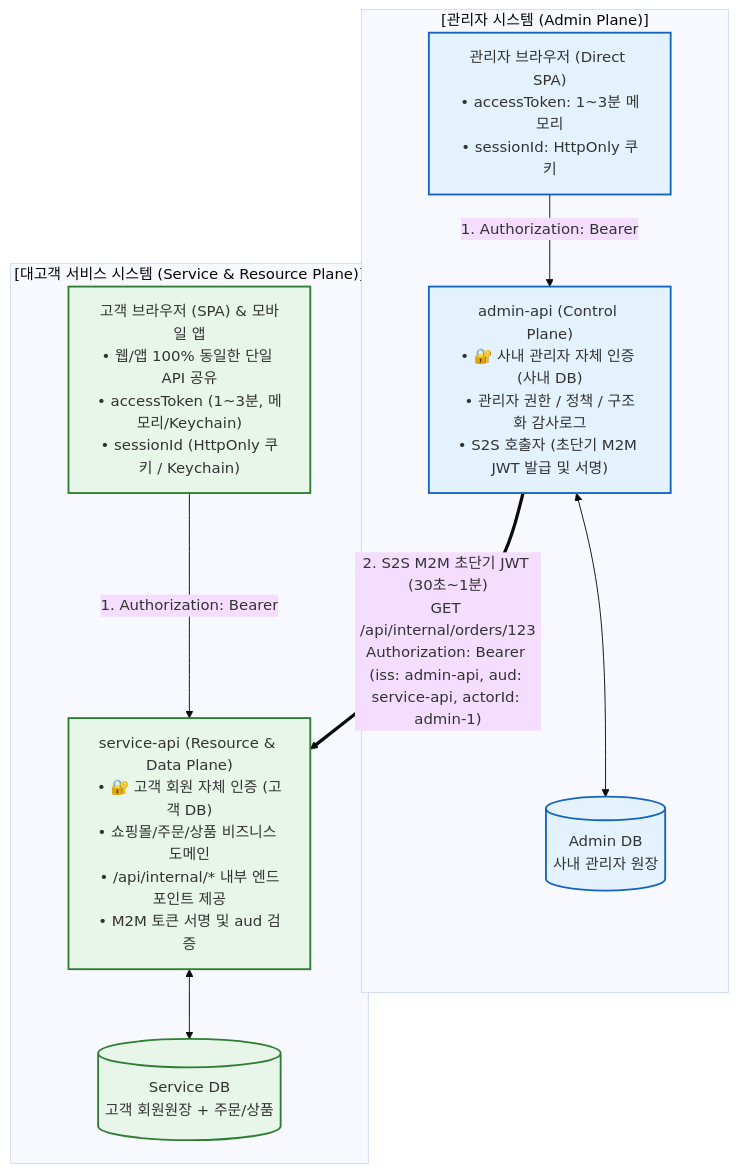
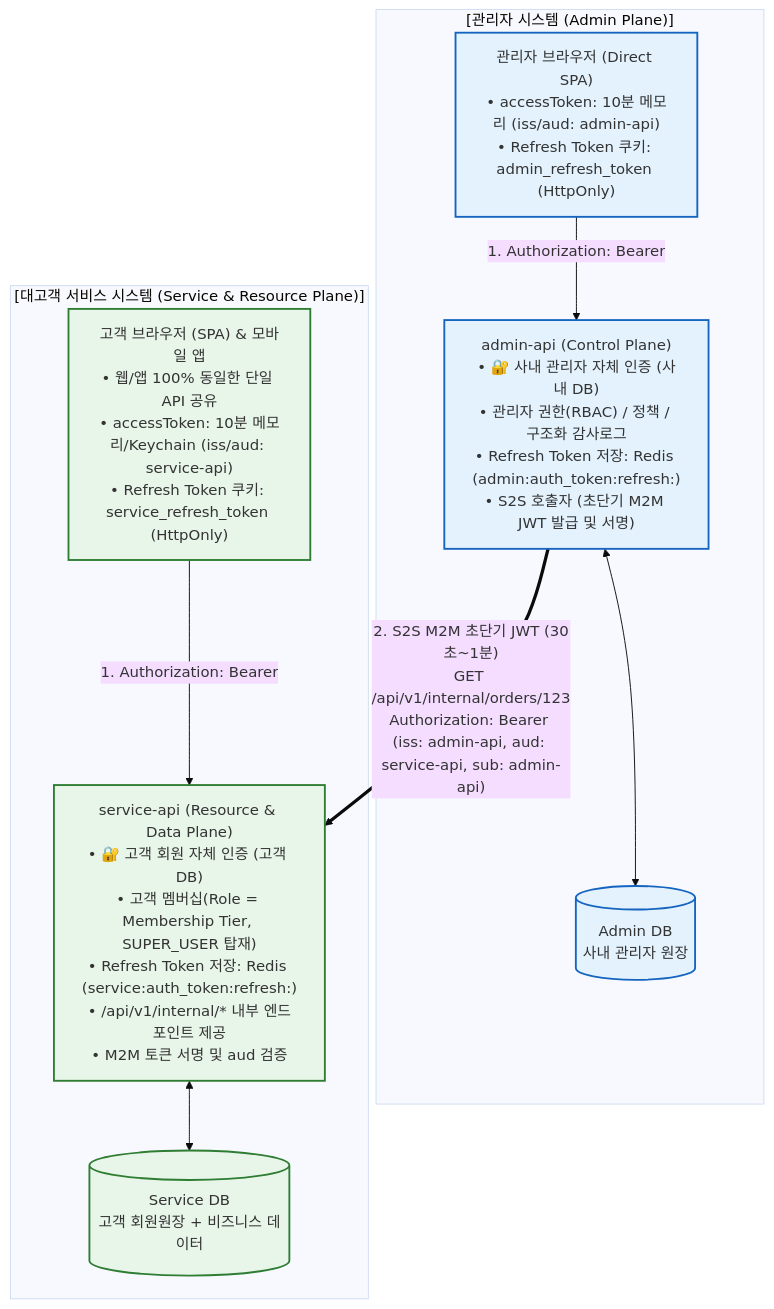
Before and after one commit to JYK0128/web-framework-app: the first of 3 diagrams in docs/auth-isolation-architecture.md, drawn with Mermaid (base theme). The commit also changed other lines of this file and 131 other files, not shown here.

Commit message:
refactor(auth): align control and service plane boundaries

````diff
--- a/docs/auth-isolation-architecture.md
+++ b/docs/auth-isolation-architecture.md
@@ -11,28 +11,28 @@
 ```mermaid
 flowchart TB
     subgraph AdminSystem["[관리자 시스템 (Admin Plane)]"]
-        AdminBrowser["관리자 브라우저 (Direct SPA)\n• accessToken: 1~3분 메모리\n• sessionId: HttpOnly 쿠키"]
-        AdminAPI["admin-api (Control Plane)\n• 🔐 사내 관리자 자체 인증 (사내 DB)\n• 관리자 권한 / 정책 / 구조화 감사로그\n• S2S 호출자 (초단기 M2M JWT 발급 및 서명)"]
+        AdminBrowser["관리자 브라우저 (Direct SPA)\n• accessToken: 10분 메모리 (iss/aud: admin-api)\n• Refresh Token 쿠키: admin_refresh_token (HttpOnly)"]
+        AdminAPI["admin-api (Control Plane)\n• 🔐 사내 관리자 자체 인증 (사내 DB)\n• 관리자 권한(RBAC) / 정책 / 구조화 감사로그\n• Refresh Token 저장: Redis (admin:auth_token:refresh:<sha256>)\n• S2S 호출자 (초단기 M2M JWT 발급 및 서명)"]
         AdminDB[(Admin DB\n사내 관리자 원장)]
 
         AdminBrowser -- "1. Authorization: Bearer <Admin JWT>" --> AdminAPI
         AdminAPI <--> AdminDB
     end
 
     subgraph ServiceSystem["[대고객 서비스 시스템 (Service & Resource Plane)]"]
-        UserClients["고객 브라우저 (SPA) & 모바일 앱\n• 웹/앱 100% 동일한 단일 API 공유\n• accessToken (1~3분, 메모리/Keychain)\n• sessionId (HttpOnly 쿠키 / Keychain)"]
-        ServiceAPI["service-api (Resource & Data Plane)\n• 🔐 고객 회원 자체 인증 (고객 DB)\n• 쇼핑몰/주문/상품 비즈니스 도메인\n• /api/internal/* 내부 엔드포인트 제공\n• M2M 토큰 서명 및 aud 검증"]
-        ServiceDB[(Service DB\n고객 회원원장 + 주문/상품)]
+        UserClients["고객 브라우저 (SPA) & 모바일 앱\n• 웹/앱 100% 동일한 단일 API 공유\n• accessToken: 10분 메모리/Keychain (iss/aud: service-api)\n• Refresh Token 쿠키: service_refresh_token (HttpOnly)"]
+        ServiceAPI["service-api (Resource & Data Plane)\n• 🔐 고객 회원 자체 인증 (고객 DB)\n• 고객 멤버십(Role = Membership Tier, SUPER_USER 탑재)\n• Refresh Token 저장: Redis (service:auth_token:refresh:<sha256>)\n• /api/v1/internal/* 내부 엔드포인트 제공\n• M2M 토큰 서명 및 aud 검증"]
+        ServiceDB[(Service DB\n고객 회원원장 + 비즈니스 데이터)]
 
         UserClients -- "1. Authorization: Bearer <Customer JWT>" --> ServiceAPI
         ServiceAPI <--> ServiceDB
     end
 
     %% 내부 S2S 연결선
-    AdminAPI ==> |"2. S2S M2M 초단기 JWT (30초~1분)\nGET /api/internal/orders/123\nAuthorization: Bearer <M2M_JWT>\n(iss: admin-api, aud: service-api, actorId: admin-1)"| ServiceAPI
+    AdminAPI ==> |"2. S2S M2M 초단기 JWT (30초~1분)\nGET /api/v1/internal/orders/123\nAuthorization: Bearer <M2M_JWT>\n(iss: admin-api, aud: service-api, sub: admin-api)"| ServiceAPI
 
     classDef admin fill:#e3f2fd,stroke:#1565c0,stroke-width:2px;
     classDef user fill:#e8f5e9,stroke:#2e7d32,stroke-width:2px;
     class AdminBrowser,AdminAPI,AdminDB admin;
     class UserClients,ServiceAPI,ServiceDB user;
 ```
````
